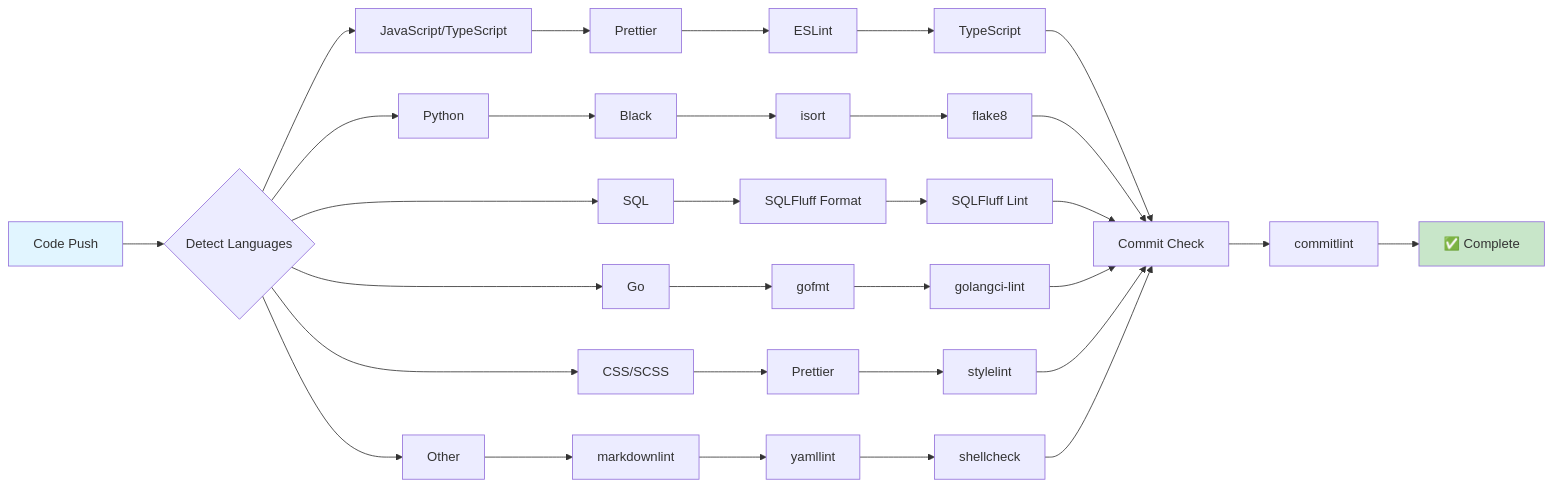
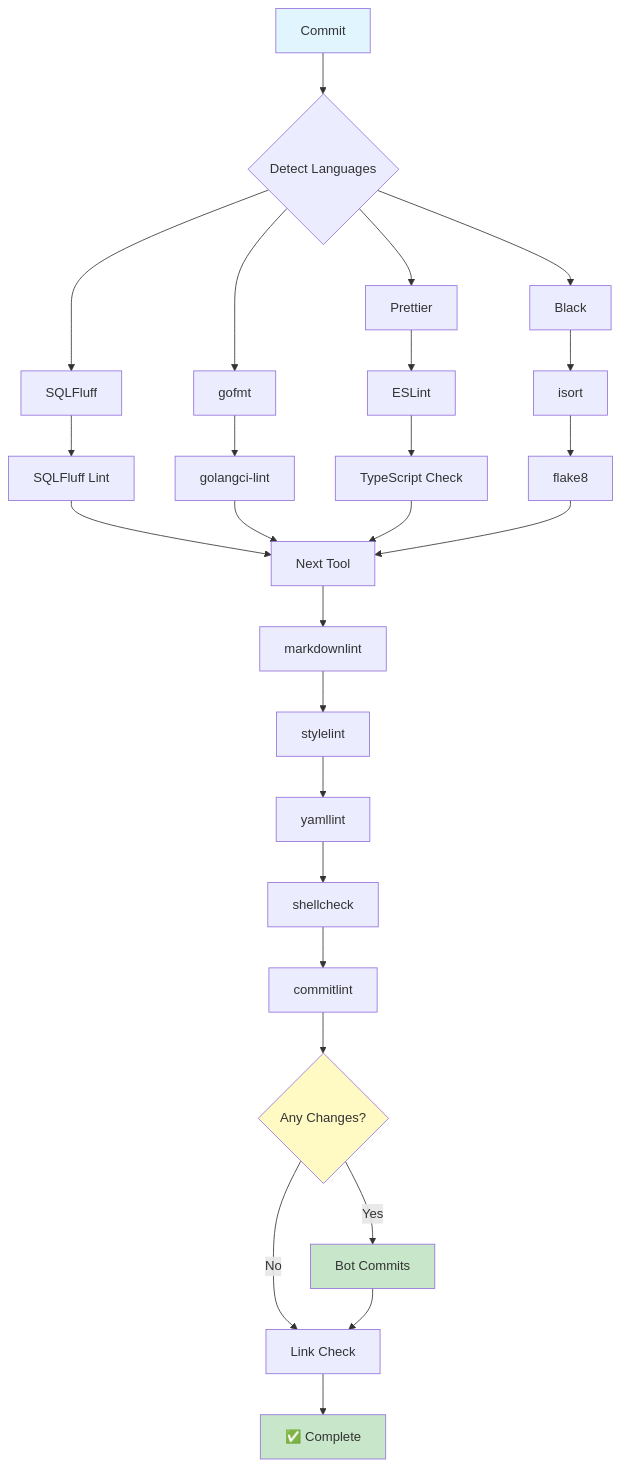
Before and after one commit to borealBytes/startup-blueprint: the fourth of 6 diagrams in .github/CI_CD_GUIDE.md, drawn with Mermaid. The commit also changed other lines of this file, not shown here.

````diff
--- a/.github/CI_CD_GUIDE.md
+++ b/.github/CI_CD_GUIDE.md
@@ -90,45 +150,38 @@
 ```mermaid
-flowchart LR
-    A[Code Push] --> B{Detect Languages}
-
-    B --> C[JavaScript/TypeScript]
-    B --> D[Python]
-    B --> E[SQL]
-    B --> F[Go]
-    B --> G[CSS/SCSS]
-    B --> H[Other]
-
-    C --> C1[Prettier]
-    C1 --> C2[ESLint]
-    C2 --> C3[TypeScript]
-
-    D --> D1[Black]
-    D1 --> D2[isort]
-    D2 --> D3[flake8]
-
-    E --> E1[SQLFluff Format]
-    E1 --> E2[SQLFluff Lint]
-
-    F --> F1[gofmt]
-    F1 --> F2[golangci-lint]
-
-    G --> G1[Prettier]
-    G1 --> G2[stylelint]
-
-    H --> H1[markdownlint]
-    H1 --> H2[yamllint]
-    H2 --> H3[shellcheck]
-
-    C3 --> I[Commit Check]
-    D3 --> I
-    E2 --> I
-    F2 --> I
-    G2 --> I
-    H3 --> I
-
-    I --> J[commitlint]
-    J --> K[✅ Complete]
-
+flowchart TB
+    A[Commit] --> B{Detect Languages}
+    
+    B --> C[Prettier]
+    B --> D[Black]
+    B --> E[SQLFluff]
+    B --> F[gofmt]
+    
+    C --> G[ESLint]
+    D --> H[isort]
+    E --> I[SQLFluff Lint]
+    F --> J[golangci-lint]
+    
+    G --> K[TypeScript Check]
+    H --> L[flake8]
+    I --> M[Next Tool]
+    J --> M
+    K --> M
+    L --> M
+    
+    M --> N[markdownlint]
+    N --> O[stylelint]
+    O --> P[yamllint]
+    P --> Q[shellcheck]
+    Q --> R[commitlint]
+    
+    R --> S{Any Changes?}
+    S -->|Yes| T[Bot Commits]
+    S -->|No| U[Link Check]
+    T --> U
+    U --> V[✅ Complete]
+    
     style A fill:#e1f5ff
-    style K fill:#c8e6c9
+    style S fill:#fff9c4
+    style T fill:#c8e6c9
+    style V fill:#c8e6c9
 ```
````
